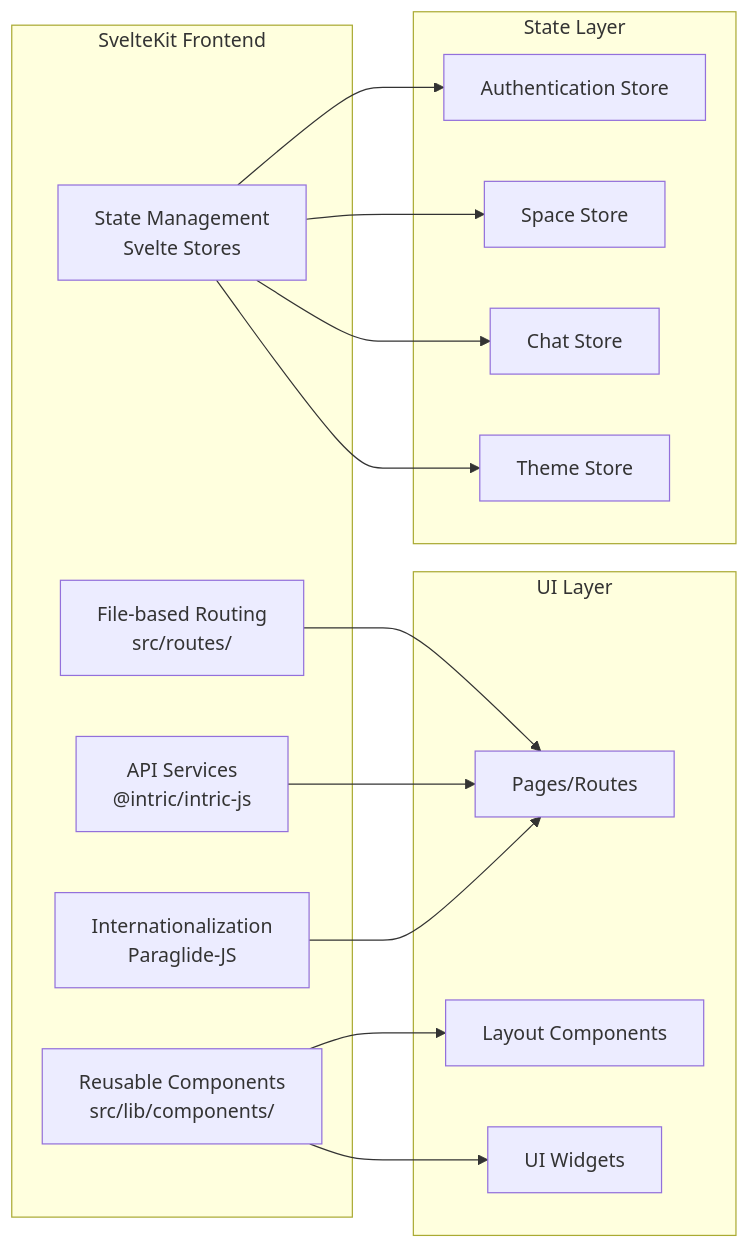
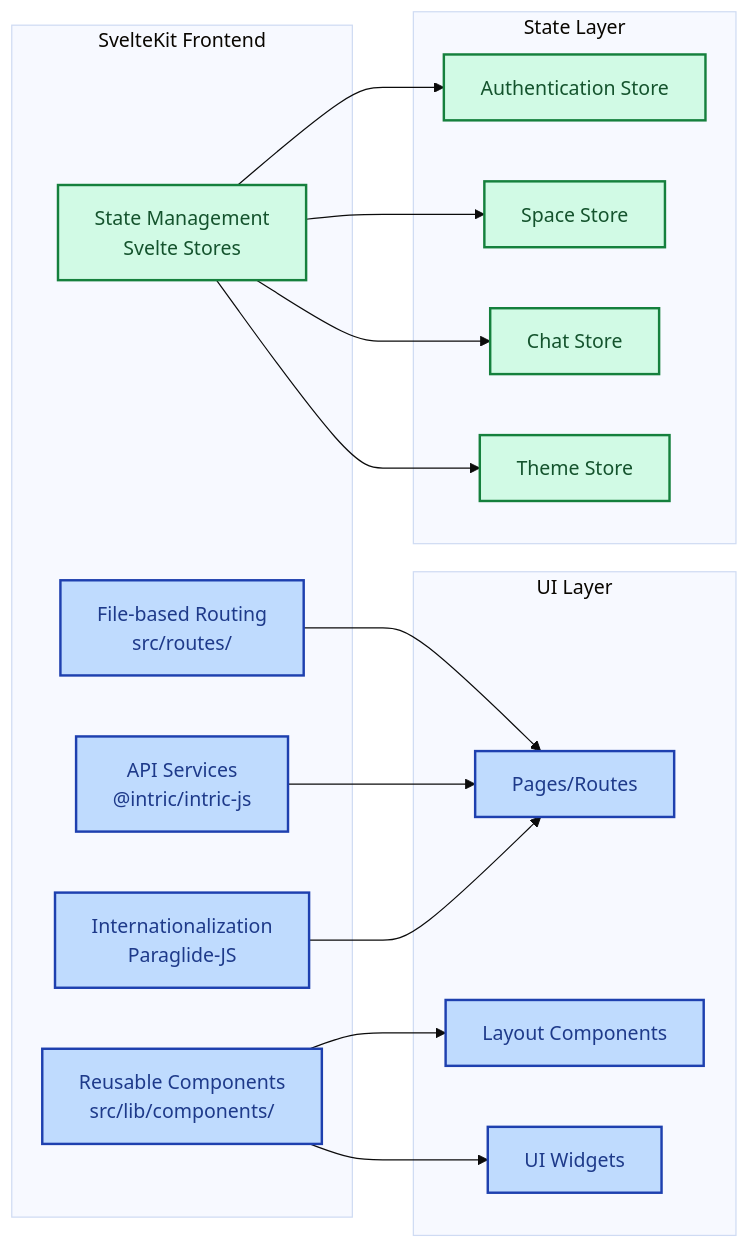
Before and after one commit to eneo-ai/eneo: the third of 7 diagrams in docs/ARCHITECTURE.md, drawn with Mermaid. The commit also changed other lines of this file, not shown here.

````diff
--- a/docs/ARCHITECTURE.md
+++ b/docs/ARCHITECTURE.md
@@ -179,34 +199,41 @@
 ```mermaid
+%%{init: {'theme': 'base'}}%%
 graph LR
+    classDef userFacing fill:#bfdbfe,stroke:#1e40af,stroke-width:2px,color:#1e3a8a
+    classDef appLogic fill:#d1fae5,stroke:#15803d,stroke-width:2px,color:#14532d
+
     subgraph "SvelteKit Frontend"
         ROUTES[File-based Routing<br/>src/routes/]
         COMPONENTS[Reusable Components<br/>src/lib/components/]
         STORES[State Management<br/>Svelte Stores]
         SERVICES[API Services<br/>@intric/intric-js]
         I18N[Internationalization<br/>Paraglide-JS]
     end
-    
+
     subgraph "UI Layer"
         PAGES[Pages/Routes]
         LAYOUTS[Layout Components]
         WIDGETS[UI Widgets]
     end
-    
+
     subgraph "State Layer"
         AUTH_STORE[Authentication Store]
         SPACE_STORE[Space Store]
         CHAT_STORE[Chat Store]
         THEME_STORE[Theme Store]
     end
-    
+
     ROUTES --> PAGES
     COMPONENTS --> LAYOUTS
     COMPONENTS --> WIDGETS
     STORES --> AUTH_STORE
     STORES --> SPACE_STORE
     STORES --> CHAT_STORE
     STORES --> THEME_STORE
-    
+
     SERVICES --> PAGES
     I18N --> PAGES
+
+    class PAGES,LAYOUTS,WIDGETS,ROUTES,COMPONENTS,SERVICES,I18N userFacing
+    class STORES,AUTH_STORE,SPACE_STORE,CHAT_STORE,THEME_STORE appLogic
 ```
````
